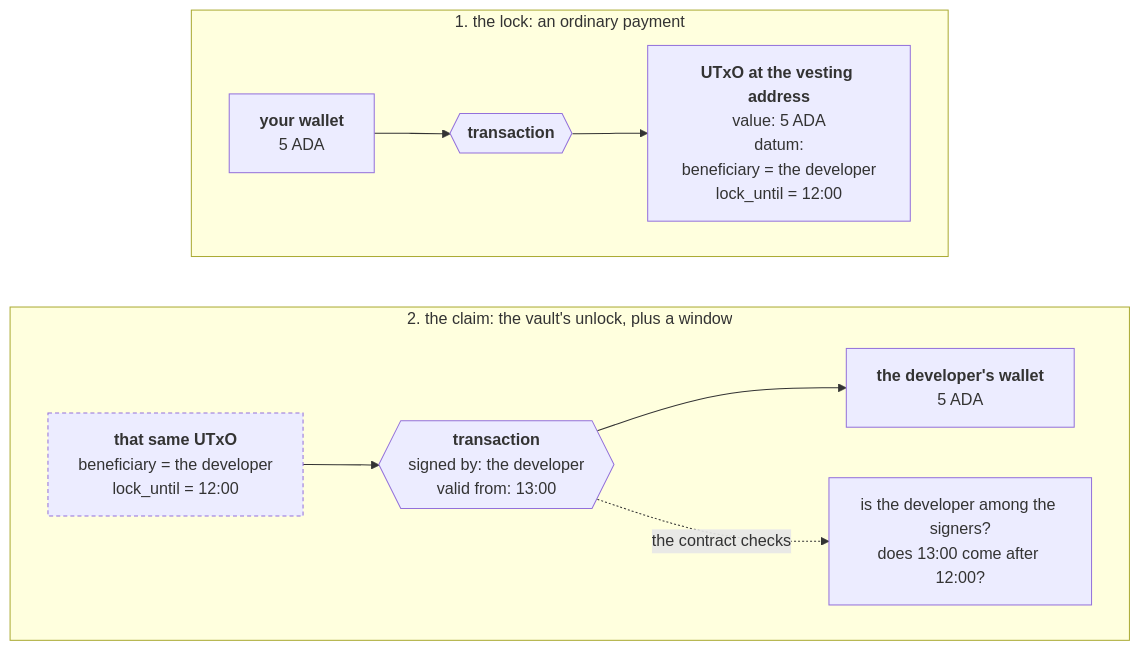
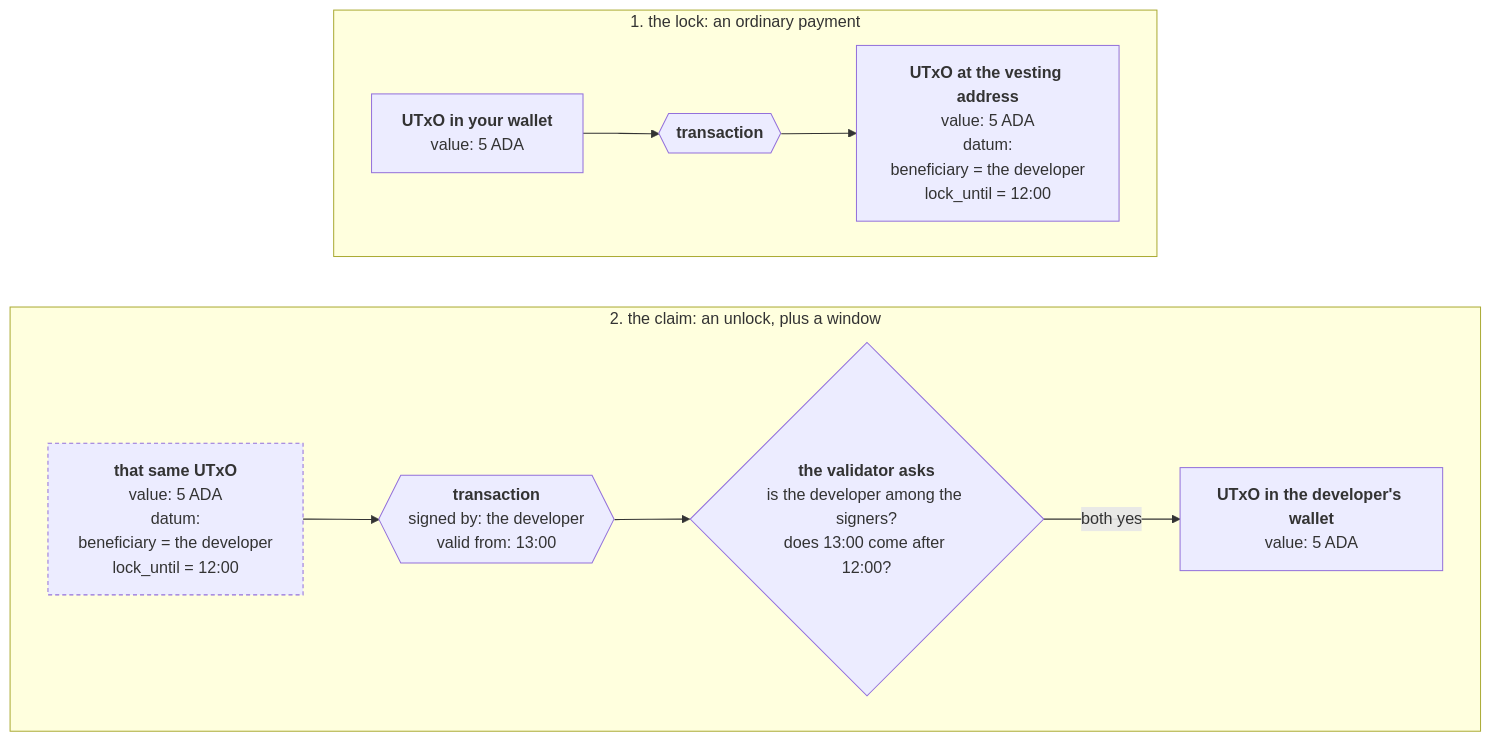
One commit to cardano-foundation/developer-portal changed the second of 2 diagrams in docs/developers/onboarding/lectures/intermediate/10-handling-time.md. Above: the diagram before and after it, drawn with Mermaid. The commit also changed other lines of this file and 6 other files, not shown here.

````diff
--- a/docs/developers/onboarding/lectures/intermediate/10-handling-time.md
+++ b/docs/developers/onboarding/lectures/intermediate/10-handling-time.md
@@ -97,30 +97,33 @@
 ```mermaid
 flowchart TB
     subgraph LOCK["1. the lock: an ordinary payment"]
         direction LR
-        W["`**your wallet**
-        5 ADA`"] --> T1{{"`**transaction**`"}}
+        W["`**UTxO in your wallet**
+        value: 5 ADA`"] --> T1{{"`**transaction**`"}}
         T1 --> V["`**UTxO at the vesting address**
         value: 5 ADA
         datum:
         beneficiary = the developer
         lock_until = 12:00`"]
     end
 
-    subgraph CLAIM["2. the claim: the vault's unlock, plus a window"]
+    subgraph CLAIM["2. the claim: an unlock, plus a window"]
         direction LR
         V2["`**that same UTxO**
+        value: 5 ADA
+        datum:
         beneficiary = the developer
         lock_until = 12:00`"] --> T2{{"`**transaction**
         signed by: the developer
         valid from: 13:00`"}}
-        T2 --> D["`**the developer's wallet**
-        5 ADA`"]
-        T2 -.->|"the contract checks"| R["`is the developer among the signers?
-        does 13:00 come after 12:00?`"]
+        T2 --> C{"`**the validator asks**
+        is the developer among the signers?
+        does 13:00 come after 12:00?`"}
+        C -->|"both yes"| D["`**UTxO in the developer's wallet**
+        value: 5 ADA`"]
     end
 
     LOCK ~~~ CLAIM
 
     style V2 stroke-dasharray:4 3
 ```
````
